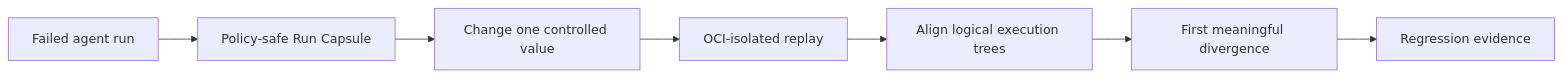
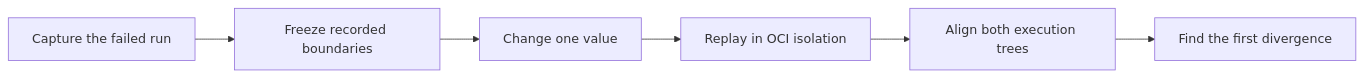
The first of 2 diagrams in README.md (krishnangopal1810/ai-flight-recorder), drawn with Mermaid before and after one commit. The commit also changed other lines of this file and 16 other files, not shown here.

Commit message:
docs: explain controlled replay and community workflow

````diff
--- a/README.md
+++ b/README.md
@@ -107,9 +122,8 @@
 ```mermaid
 flowchart LR
-    A["Failed agent run"] --> B["Policy-safe Run Capsule"]
-    B --> C["Change one controlled value"]
-    C --> D["OCI-isolated replay"]
-    D --> E["Align logical execution trees"]
-    E --> F["First meaningful divergence"]
-    F --> G["Regression evidence"]
+    A["Capture the failed run"] --> B["Freeze recorded boundaries"]
+    B --> C["Change one value"]
+    C --> D["Replay in OCI isolation"]
+    D --> E["Align both execution trees"]
+    E --> F["Find the first divergence"]
 ```
````
